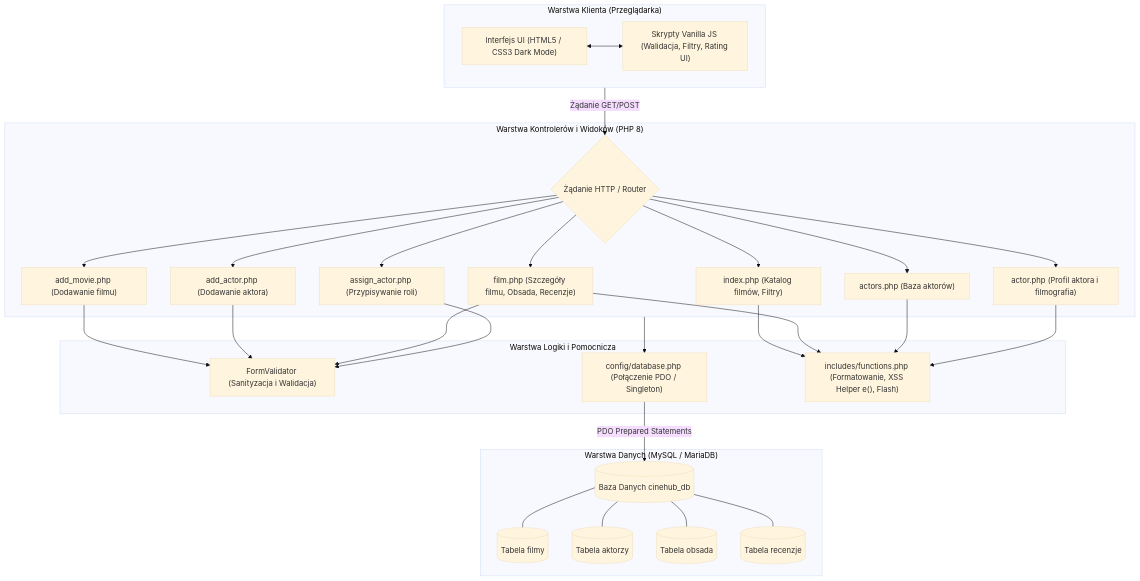
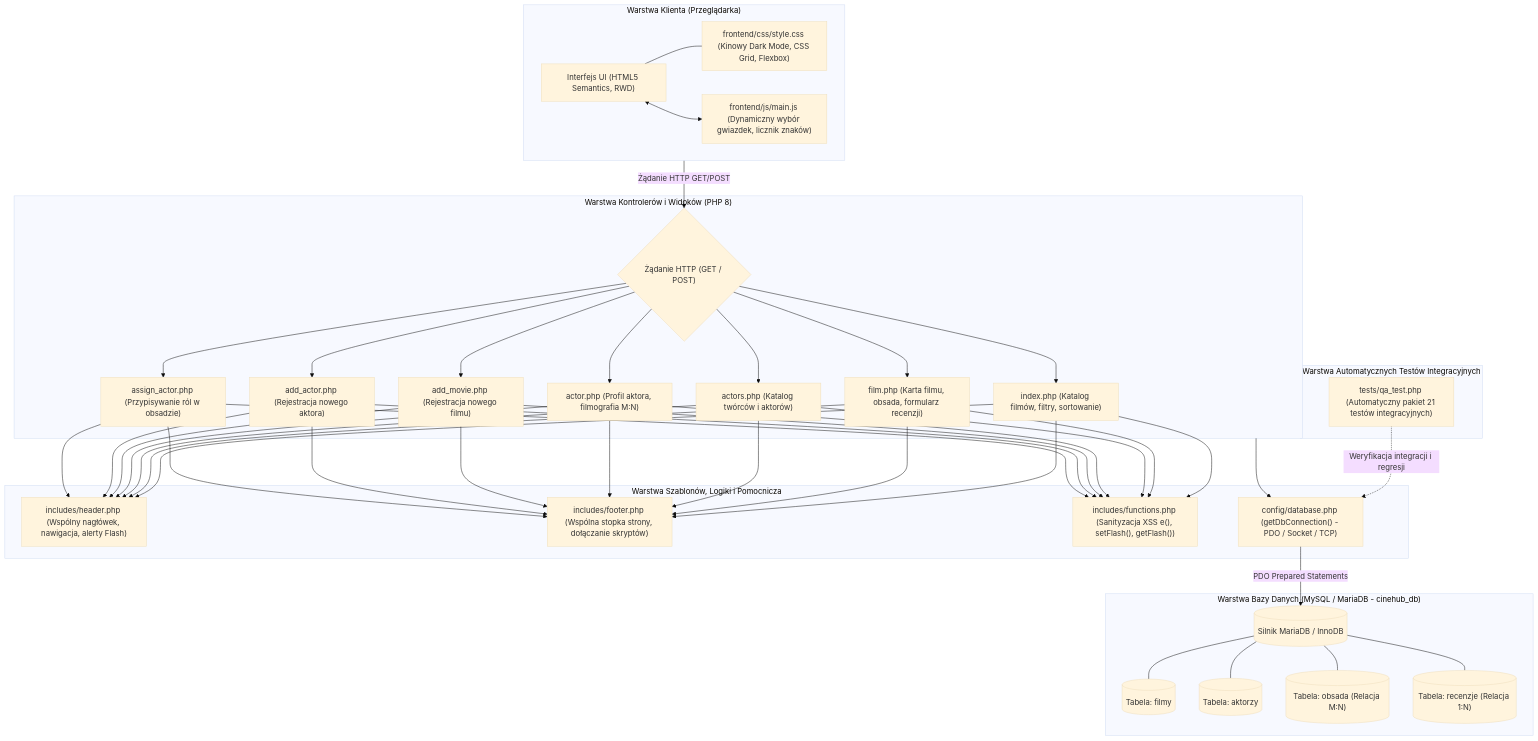
Before and after one commit to fade7714/cinehub: the first of 4 diagrams in Docs/Specs.md, drawn with Mermaid (base theme). The commit also changed other lines of this file and 18 other files, not shown here.

````diff
--- a/Docs/Specs.md
+++ b/Docs/Specs.md
@@ -74,51 +74,60 @@
 ```mermaid
 flowchart TD
     subgraph ClientLayer ["Warstwa Klienta (Przeglądarka)"]
-        UI["Interfejs UI (HTML5 / CSS3 Dark Mode)"]
-        JS["Skrypty Vanilla JS (Walidacja, Filtry, Rating UI)"]
+        UI["Interfejs UI (HTML5 Semantics, RWD)"]
+        CSS["frontend/css/style.css (Kinowy Dark Mode, CSS Grid, Flexbox)"]
+        JS["frontend/js/main.js (Dynamiczny wybór gwiazdek, licznik znaków)"]
+        UI --- CSS
         UI <--> JS
     end
 
     subgraph RoutingAndControllers ["Warstwa Kontrolerów i Widoków (PHP 8)"]
-        Router{"Żądanie HTTP / Router"}
-        IndexView["index.php (Katalog filmów, Filtry)"]
-        MovieView["film.php (Szczegóły filmu, Obsada, Recenzje)"]
-        ActorsView["actors.php (Baza aktorów)"]
-        ActorDetail["actor.php (Profil aktora i filmografia)"]
-        AddMovieAction["add_movie.php (Dodawanie filmu)"]
-        AddActorAction["add_actor.php (Dodawanie aktora)"]
-        AssignActorAction["assign_actor.php (Przypisywanie roli)"]
+        Router{"Żądanie HTTP (GET / POST)"}
+        IndexView["index.php (Katalog filmów, filtry, sortowanie)"]
+        MovieView["film.php (Karta filmu, obsada, formularz recenzji)"]
+        ActorsView["actors.php (Katalog twórców i aktorów)"]
+        ActorDetail["actor.php (Profil aktora, filmografia M:N)"]
+        AddMovieAction["add_movie.php (Rejestracja nowego filmu)"]
+        AddActorAction["add_actor.php (Rejestracja nowego aktora)"]
+        AssignActorAction["assign_actor.php (Przypisywanie ról w obsadzie)"]
     end
 
-    subgraph ServiceLayer ["Warstwa Logiki i Pomocnicza"]
-        Validator["FormValidator (Sanityzacja i Walidacja)"]
-        DBService["config/database.php (Połączenie PDO / Singleton)"]
-        HelperFunctions["includes/functions.php (Formatowanie, XSS Helper e(), Flash)"]
+    subgraph ServiceLayer ["Warstwa Szablonów, Logiki i Pomocnicza"]
+        HeaderTemplate["includes/header.php (Wspólny nagłówek, nawigacja, alerty Flash)"]
+        FooterTemplate["includes/footer.php (Wspólna stopka strony, dołączanie skryptów)"]
+        HelperFunctions["includes/functions.php (Sanityzacja XSS e(), setFlash(), getFlash())"]
+        DBService["config/database.php (getDbConnection() - PDO / Socket / TCP)"]
     end
 
-    subgraph DataLayer ["Warstwa Danych (MySQL / MariaDB)"]
-        MySQL[("Baza Danych cinehub_db")]
-        TableMovies[("Tabela filmy")]
-        TableActors[("Tabela aktorzy")]
-        TableMovieActors[("Tabela obsada")]
-        TableReviews[("Tabela recenzje")]
+    subgraph DataLayer ["Warstwa Bazy Danych (MySQL / MariaDB - cinehub_db)"]
+        MySQL[("Silnik MariaDB / InnoDB")]
+        TableMovies[("Tabela: filmy")]
+        TableActors[("Tabela: aktorzy")]
+        TableMovieActors[("Tabela: obsada (Relacja M:N)")]
+        TableReviews[("Tabela: recenzje (Relacja 1:N)")]
         MySQL --- TableMovies
         MySQL --- TableActors
         MySQL --- TableMovieActors
         MySQL --- TableReviews
     end
 
-    ClientLayer -->|Żądanie GET/POST| Router
+    subgraph TestingLayer ["Warstwa Automatycznych Testów Integracyjnych"]
+        QASuite["tests/qa_test.php (Automatyczny pakiet 21 testów integracyjnych)"]
+    end
+
+    ClientLayer -->|Żądanie HTTP GET/POST| Router
     Router --> IndexView
     Router --> MovieView
     Router --> ActorsView
     Router --> ActorDetail
     Router --> AddMovieAction
     Router --> AddActorAction
     Router --> AssignActorAction
 
-    AddMovieAction & AddActorAction & MovieView & AssignActorAction --> Validator
-    IndexView & MovieView & ActorsView & ActorDetail --> HelperFunctions
+    IndexView & MovieView & ActorsView & ActorDetail & AddMovieAction & AddActorAction & AssignActorAction --> HeaderTemplate
+    IndexView & MovieView & ActorsView & ActorDetail & AddMovieAction & AddActorAction & AssignActorAction --> FooterTemplate
+    IndexView & MovieView & ActorsView & ActorDetail & AddMovieAction & AddActorAction & AssignActorAction --> HelperFunctions
     RoutingAndControllers --> DBService
     DBService -->|PDO Prepared Statements| MySQL
+    QASuite -.->|Weryfikacja integracji i regresji| DBService
 ```
````
